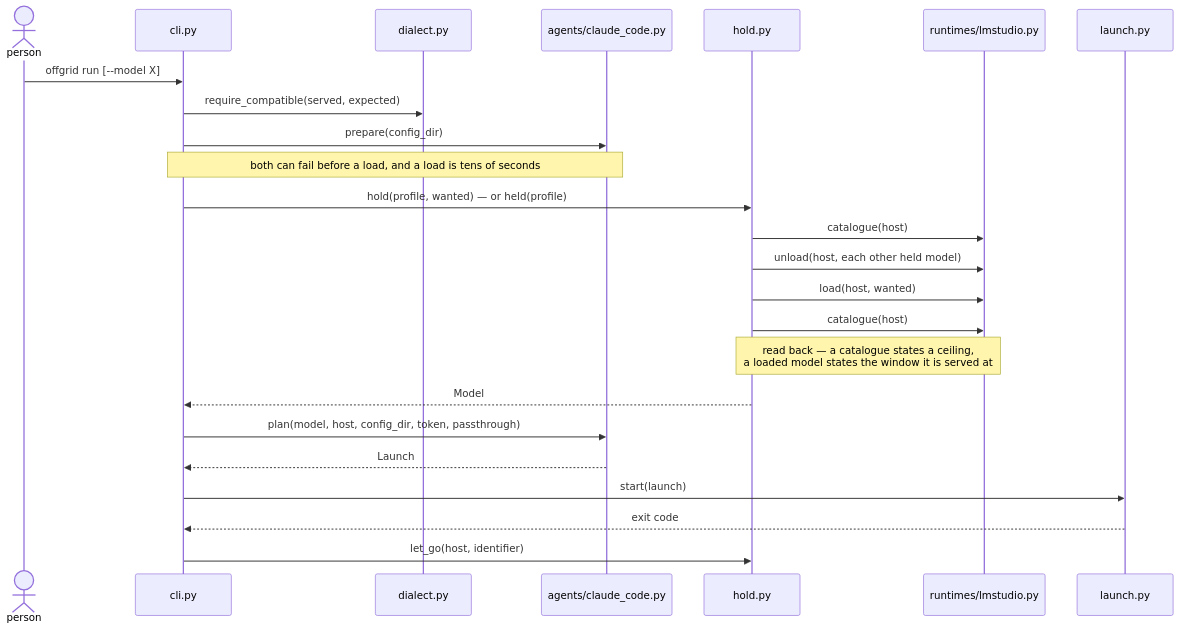
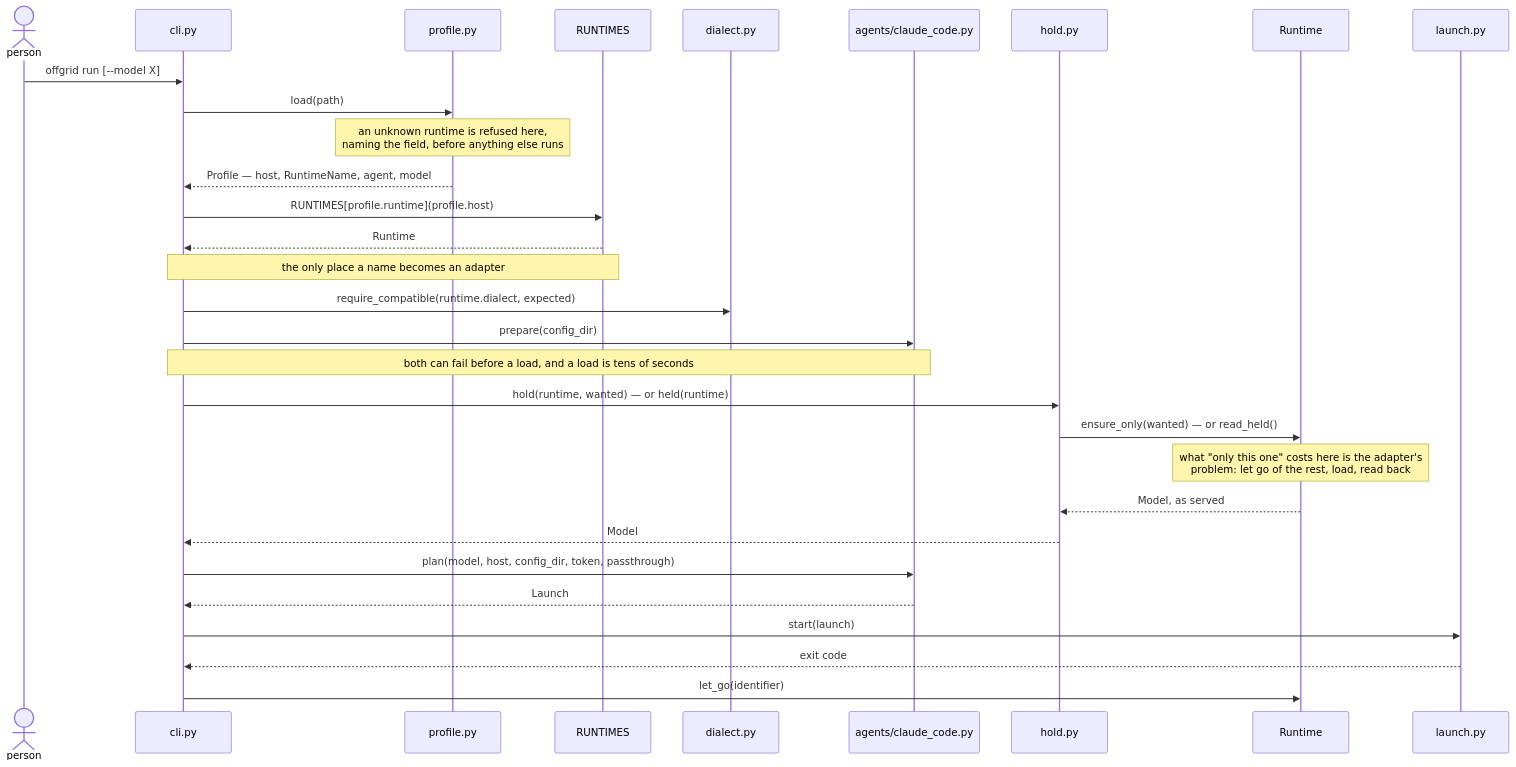
The second of 4 diagrams in docs/architecture.md (pvardanis/offgrid), drawn with Mermaid before and after one commit. The commit also changed other lines of this file and 2 other files, not shown here.

First line of the commit message:
docs: mark the runtime seam built, and what building it settled

````diff
--- a/docs/architecture.md
+++ b/docs/architecture.md
@@ -122,27 +127,33 @@
 ```mermaid
 sequenceDiagram
     actor P as person
     participant C as cli.py
+    participant F as profile.py
+    participant G as RUNTIMES
     participant D as dialect.py
     participant A as agents/claude_code.py
     participant H as hold.py
-    participant R as runtimes/lmstudio.py
+    participant R as Runtime
     participant L as launch.py
 
     P->>C: offgrid run [--model X]
-    C->>D: require_compatible(served, expected)
+    C->>F: load(path)
+    Note over F: an unknown runtime is refused here,<br/>naming the field, before anything else runs
+    F-->>C: Profile — host, RuntimeName, agent, model
+    C->>G: RUNTIMES[profile.runtime](profile.host)
+    G-->>C: Runtime
+    Note over C,G: the only place a name becomes an adapter
+    C->>D: require_compatible(runtime.dialect, expected)
     C->>A: prepare(config_dir)
     Note over C,A: both can fail before a load, and a load is tens of seconds
-    C->>H: hold(profile, wanted) — or held(profile)
-    H->>R: catalogue(host)
-    H->>R: unload(host, each other held model)
-    H->>R: load(host, wanted)
-    H->>R: catalogue(host)
-    Note over H,R: read back — a catalogue states a ceiling,<br/>a loaded model states the window it is served at
+    C->>H: hold(runtime, wanted) — or held(runtime)
+    H->>R: ensure_only(wanted) — or read_held()
+    Note over R: what "only this one" costs here is the adapter's<br/>problem: let go of the rest, load, read back
+    R-->>H: Model, as served
     H-->>C: Model
     C->>A: plan(model, host, config_dir, token, passthrough)
     A-->>C: Launch
     C->>L: start(launch)
     L-->>C: exit code
-    C->>H: let_go(host, identifier)
+    C->>R: let_go(identifier)
 ```
````
